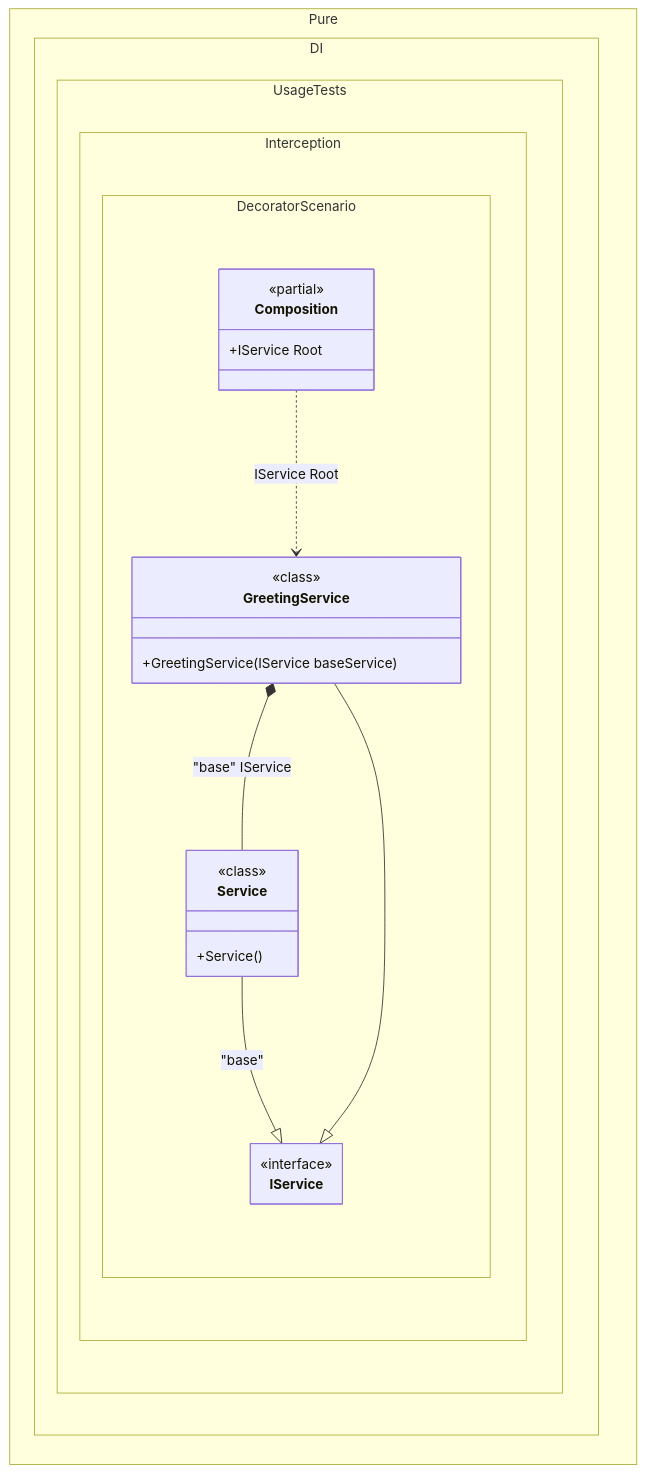
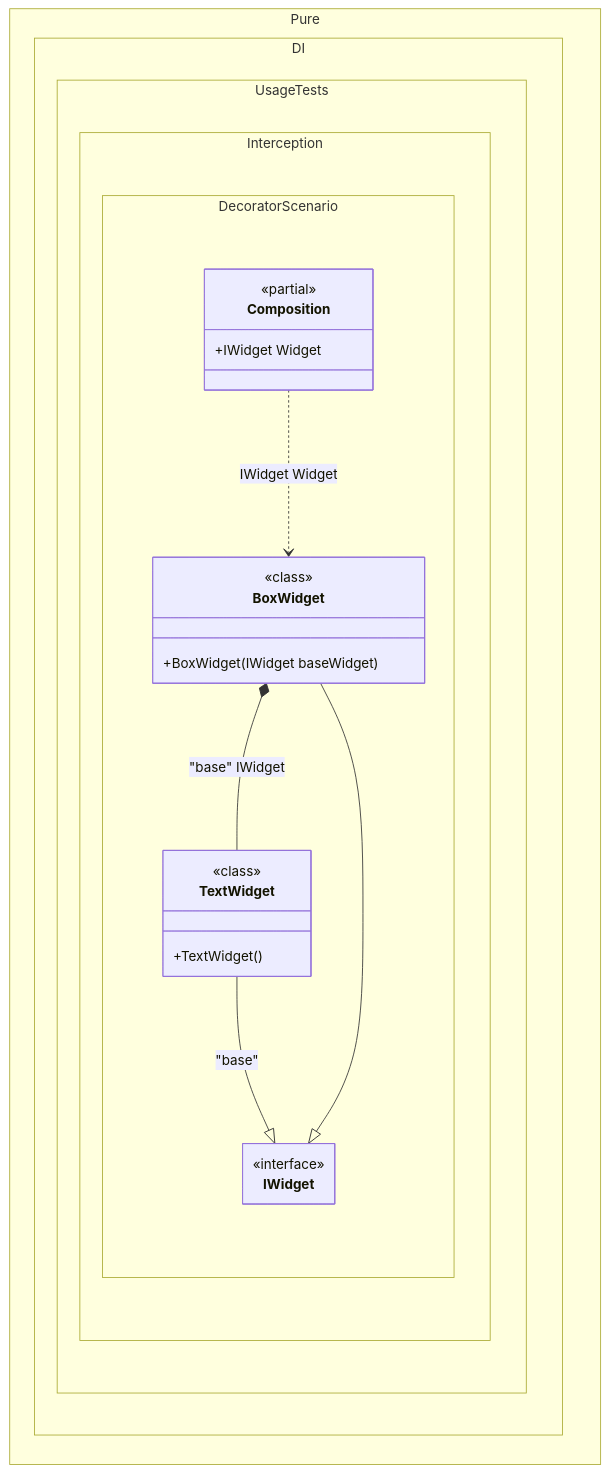
Before and after one commit to DevTeam/Pure.DI: the diagram in readme/decorator.md, drawn with Mermaid. The commit also changed other lines of this file and 126 other files, not shown here.

````diff
--- a/readme/decorator.md
+++ b/readme/decorator.md
@@ -92,31 +92,31 @@
 ```mermaid
 ---
  config:
   maxTextSize: 2147483647
   maxEdges: 2147483647
   class:
    hideEmptyMembersBox: true
 ---
 classDiagram
-	Service --|> IService : "base" 
-	GreetingService --|> IService
-	Composition ..> GreetingService : IService Root
-	GreetingService *--  Service : "base"  IService
+	TextWidget --|> IWidget : "base" 
+	BoxWidget --|> IWidget
+	Composition ..> BoxWidget : IWidget Widget
+	BoxWidget *--  TextWidget : "base"  IWidget
 	namespace Pure.DI.UsageTests.Interception.DecoratorScenario {
+		class BoxWidget {
+				<<class>>
+			+BoxWidget(IWidget baseWidget)
+		}
 		class Composition {
 		<<partial>>
-		+IService Root
+		+IWidget Widget
 		}
-		class GreetingService {
-				<<class>>
-			+GreetingService(IService baseService)
-		}
-		class IService {
+		class IWidget {
 			<<interface>>
 		}
-		class Service {
+		class TextWidget {
 				<<class>>
-			+Service()
+			+TextWidget()
 		}
 	}
 ```
````
